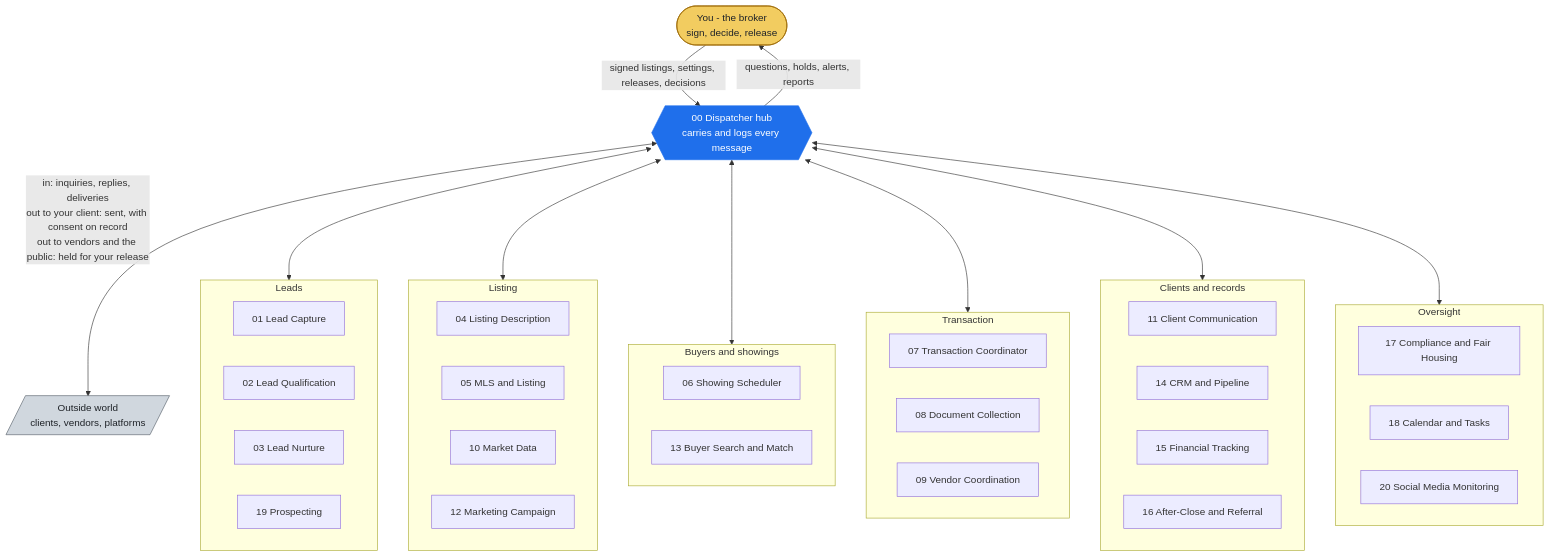
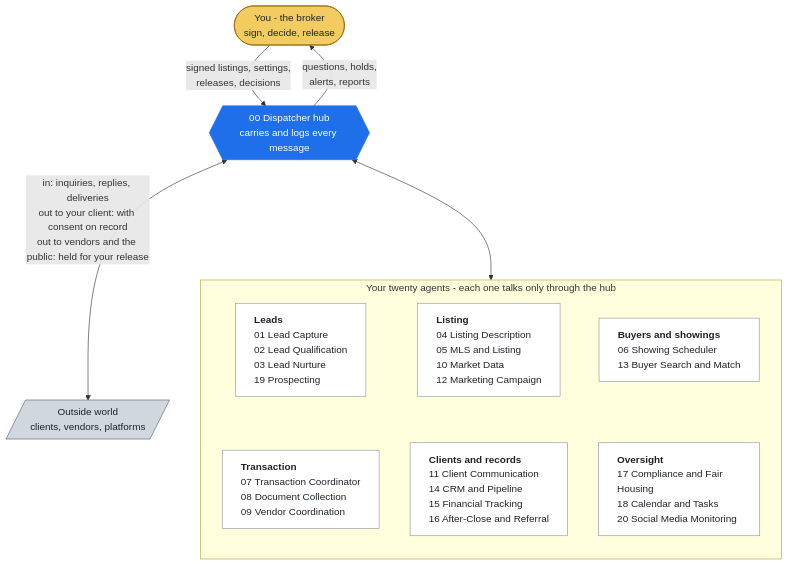
One commit to QuietFireAI/listing-assistants changed the first of 4 diagrams in README.md. Above: the diagram before and after it, drawn with Mermaid. The commit also changed 6 other files, not shown here.

First line of the commit message:
Team diagram: easier to read

````diff
--- a/README.md
+++ b/README.md
@@ -36,53 +36,30 @@
 ```mermaid
 flowchart TB
     B(["You - the broker<br/>sign, decide, release"])
     H{{"00 Dispatcher hub<br/>carries and logs every message"}}
-    B -- "signed listings, settings, releases, decisions" --> H
-    H -- "questions, holds, alerts, reports" --> B
-    subgraph LEADS["Leads"]
-        A01["01 Lead Capture"]
-        A02["02 Lead Qualification"]
-        A03["03 Lead Nurture"]
-        A19["19 Prospecting"]
+    X[/"Outside world<br/>clients, vendors, platforms"/]
+    B -- "signed listings, settings,<br/>releases, decisions" --> H
+    H -- "questions, holds,<br/>alerts, reports" --> B
+    H <-- "in: inquiries, replies, deliveries<br/>out to your client: with consent on record<br/>out to vendors and the public: held for your release" --> X
+    subgraph TEAMBOX["Your twenty agents - each one talks only through the hub"]
+        direction TB
+        LEADS["<b>Leads</b><br/>01 Lead Capture<br/>02 Lead Qualification<br/>03 Lead Nurture<br/>19 Prospecting"]
+        LISTING["<b>Listing</b><br/>04 Listing Description<br/>05 MLS and Listing<br/>10 Market Data<br/>12 Marketing Campaign"]
+        BUYERS["<b>Buyers and showings</b><br/>06 Showing Scheduler<br/>13 Buyer Search and Match"]
+        DEAL["<b>Transaction</b><br/>07 Transaction Coordinator<br/>08 Document Collection<br/>09 Vendor Coordination"]
+        RECORDS["<b>Clients and records</b><br/>11 Client Communication<br/>14 CRM and Pipeline<br/>15 Financial Tracking<br/>16 After-Close and Referral"]
+        OVERSIGHT["<b>Oversight</b><br/>17 Compliance and Fair Housing<br/>18 Calendar and Tasks<br/>20 Social Media Monitoring"]
+        LEADS ~~~ DEAL
+        LISTING ~~~ RECORDS
+        BUYERS ~~~ OVERSIGHT
     end
-    subgraph LISTING["Listing"]
-        A04["04 Listing Description"]
-        A05["05 MLS and Listing"]
-        A10["10 Market Data"]
-        A12["12 Marketing Campaign"]
-    end
-    subgraph BUYERS["Buyers and showings"]
-        A06["06 Showing Scheduler"]
-        A13["13 Buyer Search and Match"]
-    end
-    subgraph DEAL["Transaction"]
-        A07["07 Transaction Coordinator"]
-        A08["08 Document Collection"]
-        A09["09 Vendor Coordination"]
-    end
-    subgraph RECORDS["Clients and records"]
-        A11["11 Client Communication"]
-        A14["14 CRM and Pipeline"]
-        A15["15 Financial Tracking"]
-        A16["16 After-Close and Referral"]
-    end
-    subgraph OVERSIGHT["Oversight"]
-        A17["17 Compliance and Fair Housing"]
-        A18["18 Calendar and Tasks"]
-        A20["20 Social Media Monitoring"]
-    end
-    H <--> LEADS
-    H <--> LISTING
-    H <--> BUYERS
-    H <--> DEAL
-    H <--> RECORDS
-    H <--> OVERSIGHT
-    X[/"Outside world<br/>clients, vendors, platforms"/]
-    H <-- "in: inquiries, replies, deliveries<br/>out to your client: sent, with consent on record<br/>out to vendors and the public: held for your release" --> X
+    H <--> TEAMBOX
+    classDef grp fill:#ffffff,stroke:#8c959f,color:#1f2328,text-align:left
     classDef you fill:#f2cc60,stroke:#9a6700,color:#1f2328
     classDef hub fill:#1f6feb,stroke:#1f6feb,color:#ffffff
     classDef out fill:#d0d7de,stroke:#57606a,color:#1f2328
     class B you
     class H hub
     class X out
+    class LEADS,LISTING,BUYERS,DEAL,RECORDS,OVERSIGHT grp
 ```
````
